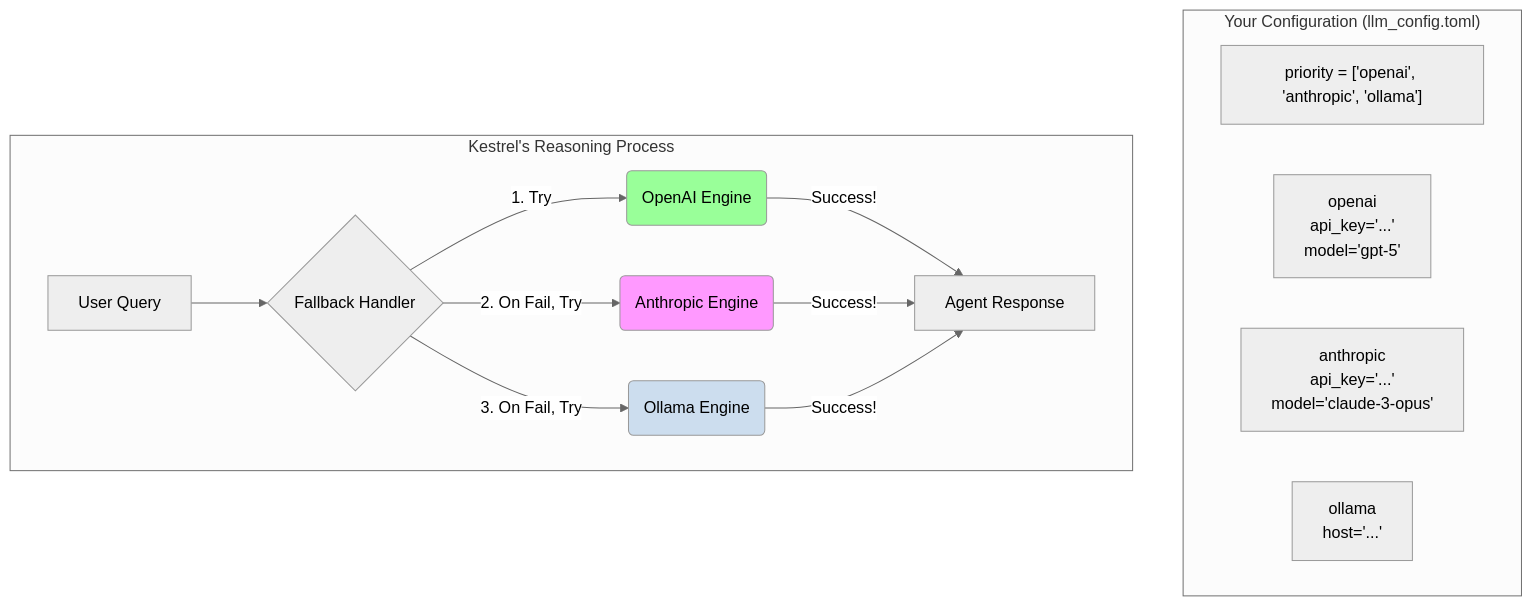
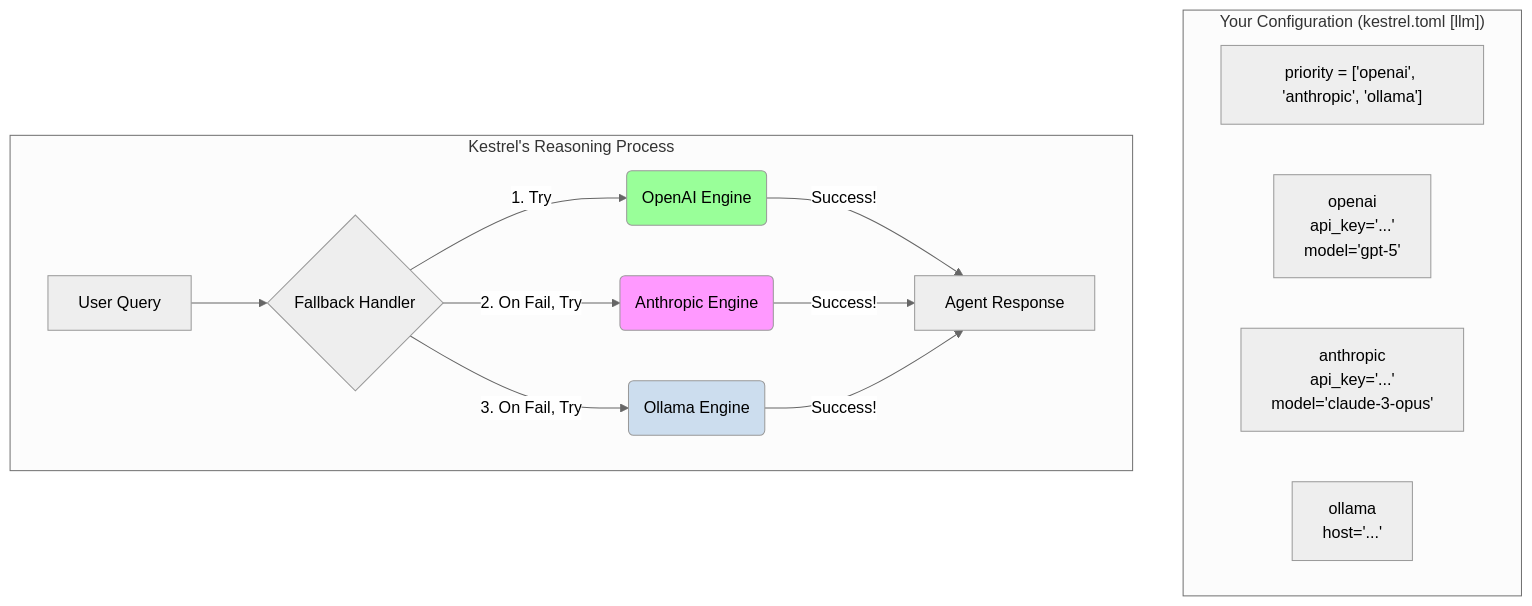
Before and after one commit to KestrelSovereignAI/kestrel-sovereign: the diagram in docs/architecture/core/MULTI_MODEL_SUPPORT.md, drawn with Mermaid (neutral theme). The commit also changed other lines of this file and 5 other files, not shown here.

````diff
--- a/docs/architecture/core/MULTI_MODEL_SUPPORT.md
+++ b/docs/architecture/core/MULTI_MODEL_SUPPORT.md
@@ -28,23 +36,23 @@
 ```mermaid
 graph TD
-    subgraph "Your Configuration (llm_config.toml)"
+    subgraph "Your Configuration (kestrel.toml [llm])"
         A["priority = ['openai', 'anthropic', 'ollama']"]
         B["openai<br/>api_key='...'<br/>model='gpt-5'"]
         C["anthropic<br/>api_key='...'<br/>model='claude-3-opus'"]
         D["ollama<br/>host='...'"]
     end
 
     subgraph "Kestrel's Reasoning Process"
         E[User Query] --> F{Fallback Handler};
         F -- "1. Try" --> G(OpenAI Engine);
         F -- "2. On Fail, Try" --> H(Anthropic Engine);
         F -- "3. On Fail, Try" --> I(Ollama Engine);
         G -- "Success!" --> J[Agent Response];
         H -- "Success!" --> J;
         I -- "Success!" --> J;
     end
     
     style G fill:#9f9
     style H fill:#f9f
     style I fill:#cde
 ```
````
